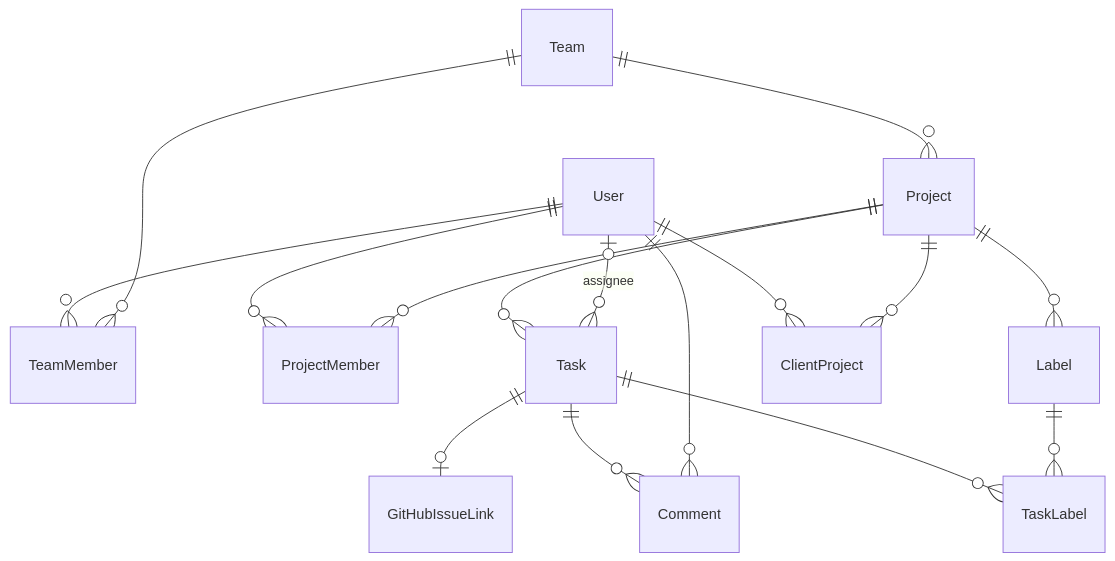
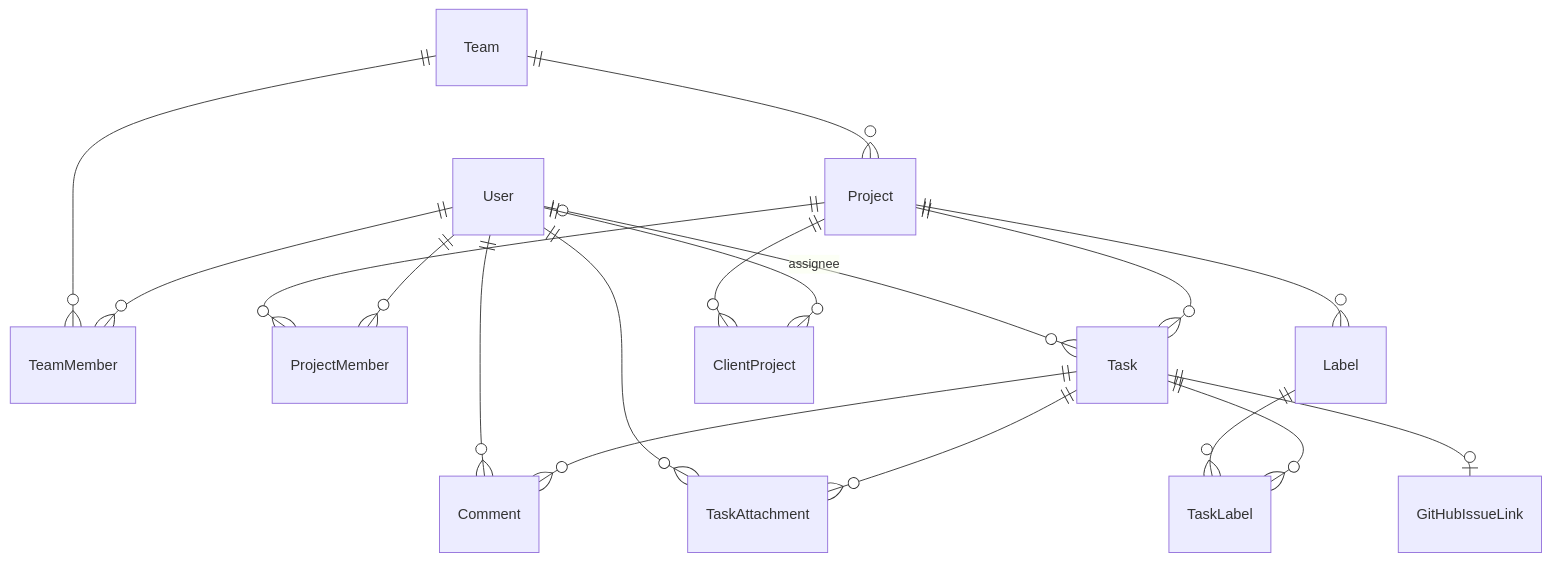
One commit to VincentApta/Kicca changed the diagram in docs/domain.md. Above: the diagram before and after it, drawn with Mermaid. The commit also changed other lines of this file and 25 other files, not shown here.

````diff
--- a/docs/domain.md
+++ b/docs/domain.md
@@ -107,18 +122,20 @@
 ```mermaid
 erDiagram
     User ||--o{ TeamMember : ""
     Team ||--o{ TeamMember : ""
     Team ||--o{ Project : ""
     User ||--o{ ProjectMember : ""
     Project ||--o{ ProjectMember : ""
     Project ||--o{ Task : ""
     User |o--o{ Task : "assignee"
     Project ||--o{ Label : ""
     Task ||--o{ TaskLabel : ""
     Label ||--o{ TaskLabel : ""
     Task ||--o{ Comment : ""
     User ||--o{ Comment : ""
+    Task ||--o{ TaskAttachment : ""
+    User ||--o{ TaskAttachment : ""
     Task ||--o| GitHubIssueLink : ""
     User ||--o{ ClientProject : ""
     Project ||--o{ ClientProject : ""
 ```
````
